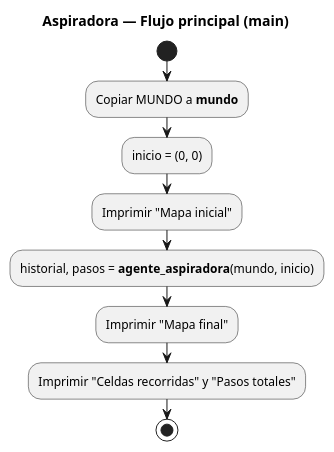
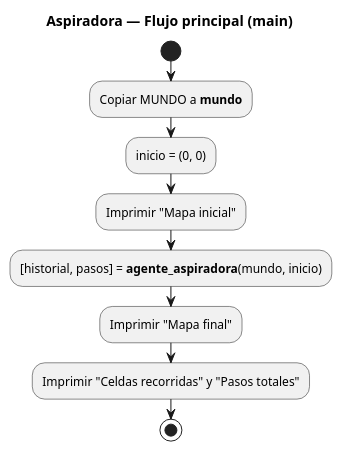
Before and after one commit to gmonroyrdz/practicas_agentes_ia: the diagram in diagrams/main.puml, drawn with PlantUML. The commit also changed 1 other file, not shown here.

```diff
--- a/diagrams/main.puml
+++ b/diagrams/main.puml
@@ -1,12 +1,12 @@
 @startuml
 title Aspiradora — Flujo principal (main)
 
 start
 :Copiar MUNDO a **mundo**;
 :inicio = (0, 0);
 :Imprimir "Mapa inicial";
-:historial, pasos = **agente_aspiradora**(mundo, inicio);
+:[historial, pasos] = **agente_aspiradora**(mundo, inicio);
 :Imprimir "Mapa final";
 :Imprimir "Celdas recorridas" y "Pasos totales";
 stop
 @enduml
```
